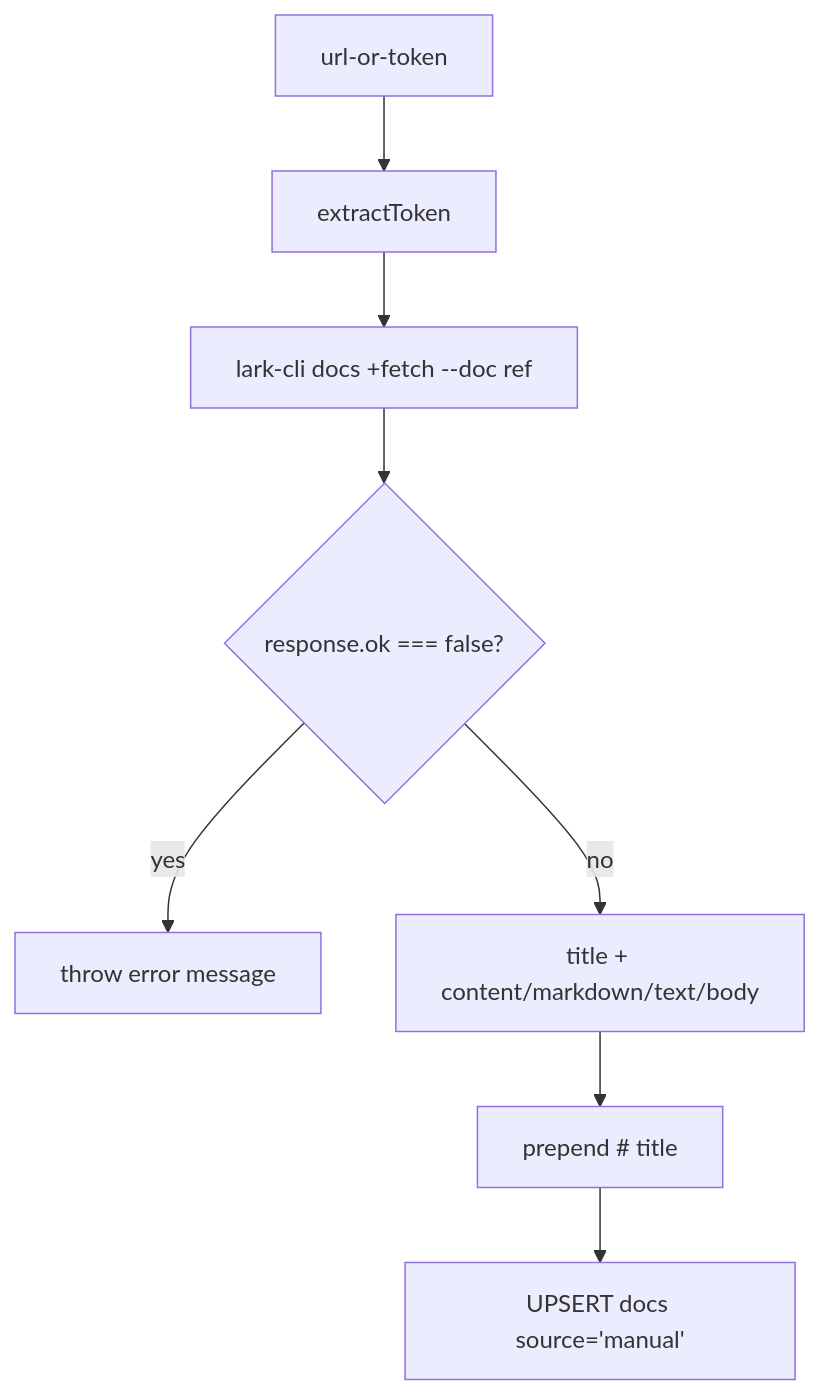
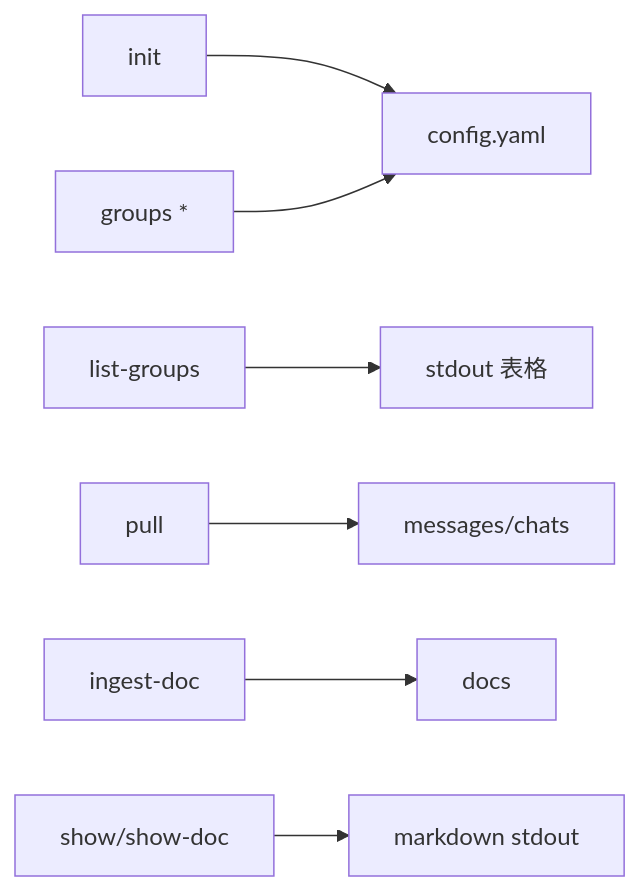
One commit to dragonforce2010/awesome-ai-repos-deepwiki changed the sixth of 9 diagrams in project-wiki/lark-context/exports/full-wiki.md. Above: the diagram before and after it, drawn with Mermaid. The commit also changed other lines of this file and 27 other files, not shown here.

````diff
--- a/project-wiki/lark-context/exports/full-wiki.md
+++ b/project-wiki/lark-context/exports/full-wiki.md
@@ -6640,10 +1431,9 @@
 ```mermaid
-flowchart TD
-  Ref["url-or-token"] --> Token["extractToken"]
-  Token --> Fetch["lark-cli docs +fetch --doc ref"]
-  Fetch --> OK{"response.ok === false?"}
-  OK -->|yes| Error["throw error message"]
-  OK -->|no| Extract["title + content/markdown/text/body"]
-  Extract --> Markdown["prepend # title"]
-  Markdown --> Upsert["UPSERT docs source='manual'"]
+flowchart LR
+  Init["init"] --> Config["config.yaml"]
+  List["list-groups"] --> User["stdout 表格"]
+  Groups["groups *"] --> Config
+  Pull["pull"] --> Db["messages/chats"]
+  Ingest["ingest-doc"] --> Docs["docs"]
+  Show["show/show-doc"] --> Md["markdown stdout"]
 ```
````
